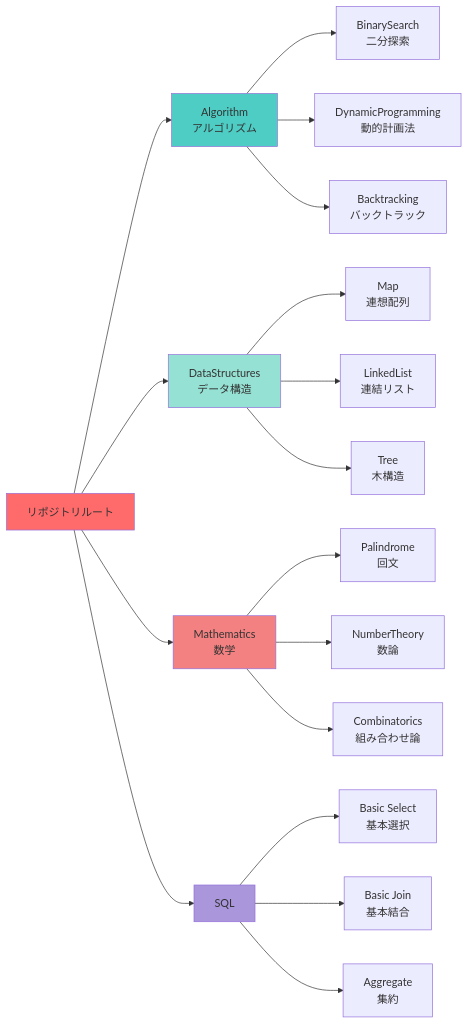
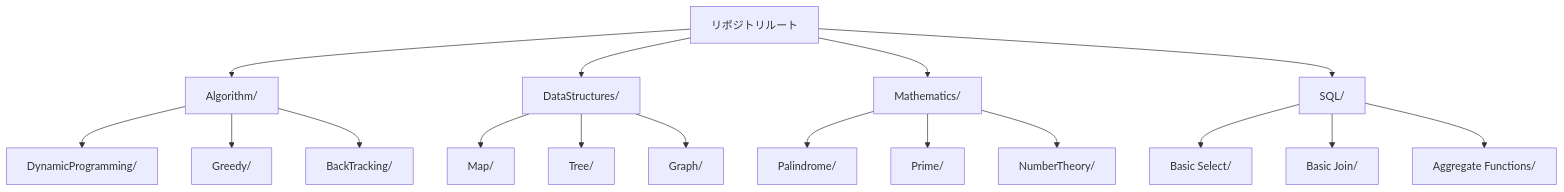
The fourth of 12 diagrams in README.md (myoshi2891/Algorithm-DataStructures-Math-SQL), drawn with Mermaid before and after one commit. The commit also changed other lines of this file, not shown here.

````diff
--- a/README.md
+++ b/README.md
@@ -116,29 +157,23 @@
 ```mermaid
-graph LR
-    Root[リポジトリルート] --> A[Algorithm<br/>アルゴリズム]
-    Root --> D[DataStructures<br/>データ構造]
-    Root --> M[Mathematics<br/>数学]
-    Root --> S[SQL]
+graph TD
+    A[リポジトリルート] --> B[Algorithm/]
+    A --> C[DataStructures/]
+    A --> D[Mathematics/]
+    A --> E[SQL/]
     
-    A --> A1[BinarySearch<br/>二分探索]
-    A --> A2[DynamicProgramming<br/>動的計画法]
-    A --> A3[Backtracking<br/>バックトラック]
+    B --> B1[DynamicProgramming/]
+    B --> B2[Greedy/]
+    B --> B3[BackTracking/]
     
-    D --> D1[Map<br/>連想配列]
-    D --> D2[LinkedList<br/>連結リスト]
-    D --> D3[Tree<br/>木構造]
+    C --> C1[Map/]
+    C --> C2[Tree/]
+    C --> C3[Graph/]
     
-    M --> M1[Palindrome<br/>回文]
-    M --> M2[NumberTheory<br/>数論]
-    M --> M3[Combinatorics<br/>組み合わせ論]
+    D --> D1[Palindrome/]
+    D --> D2[Prime/]
+    D --> D3[NumberTheory/]
     
-    S --> S1[Basic Select<br/>基本選択]
-    S --> S2[Basic Join<br/>基本結合]
-    S --> S3[Aggregate<br/>集約]
-    
-    style Root fill:#ff6b6b
-    style A fill:#4ecdc4
-    style D fill:#95e1d3
-    style M fill:#f38181
-    style S fill:#aa96da
+    E --> E1[Basic Select/]
+    E --> E2[Basic Join/]
+    E --> E3[Aggregate Functions/]
 ```
````
